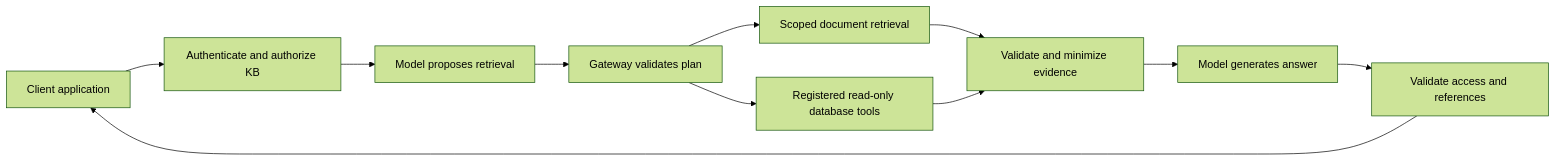
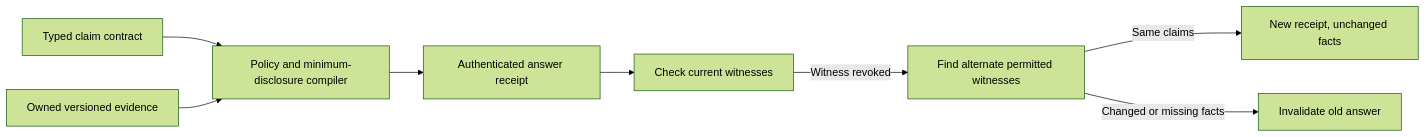
Before and after one commit to Madhav-Bhanushali/living-evidence-gateway: the diagram in README.md, drawn with Mermaid (forest theme). The commit also changed other lines of this file and 13 other files, not shown here.

Commit message:
Implement living evidence receipts with minimal disclosure and witness repair

````diff
--- a/README.md
+++ b/README.md
@@ -11,13 +35,10 @@
 ```mermaid
 flowchart LR
-    App[Client application] --> Auth[Authenticate and authorize KB]
-    Auth --> Plan[Model proposes retrieval]
-    Plan --> Policy[Gateway validates plan]
-    Policy --> Docs[Scoped document retrieval]
-    Policy --> DB[Registered read-only database tools]
-    Docs --> Evidence[Validate and minimize evidence]
-    DB --> Evidence
-    Evidence --> Answer[Model generates answer]
-    Answer --> Check[Validate access and references]
-    Check --> App
+    Claims[Typed claim contract] --> Compiler[Policy and minimum-disclosure compiler]
+    Sources[Owned versioned evidence] --> Compiler
+    Compiler --> Receipt[Authenticated answer receipt]
+    Receipt --> Verify[Check current witnesses]
+    Verify -->|Witness revoked| Rebase[Find alternate permitted witnesses]
+    Rebase -->|Same claims| Repaired[New receipt, unchanged facts]
+    Rebase -->|Changed or missing facts| Invalidate[Invalidate old answer]
 ```
````
